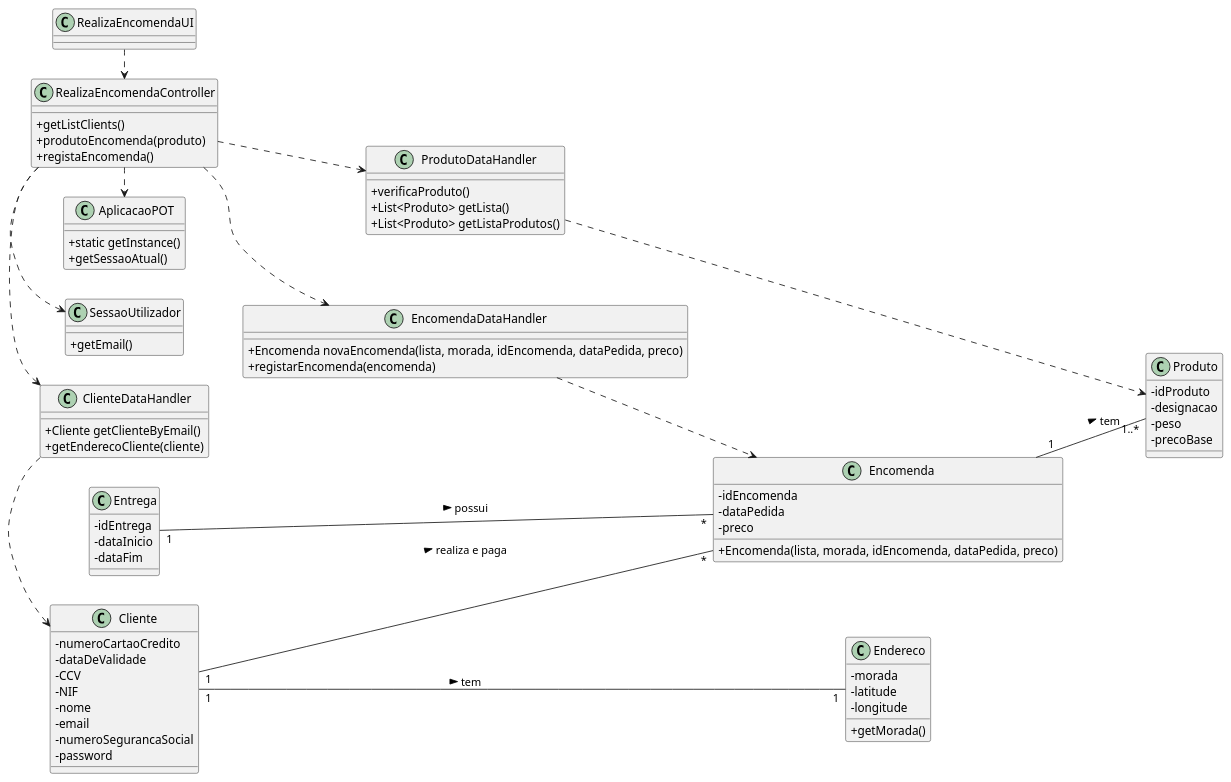
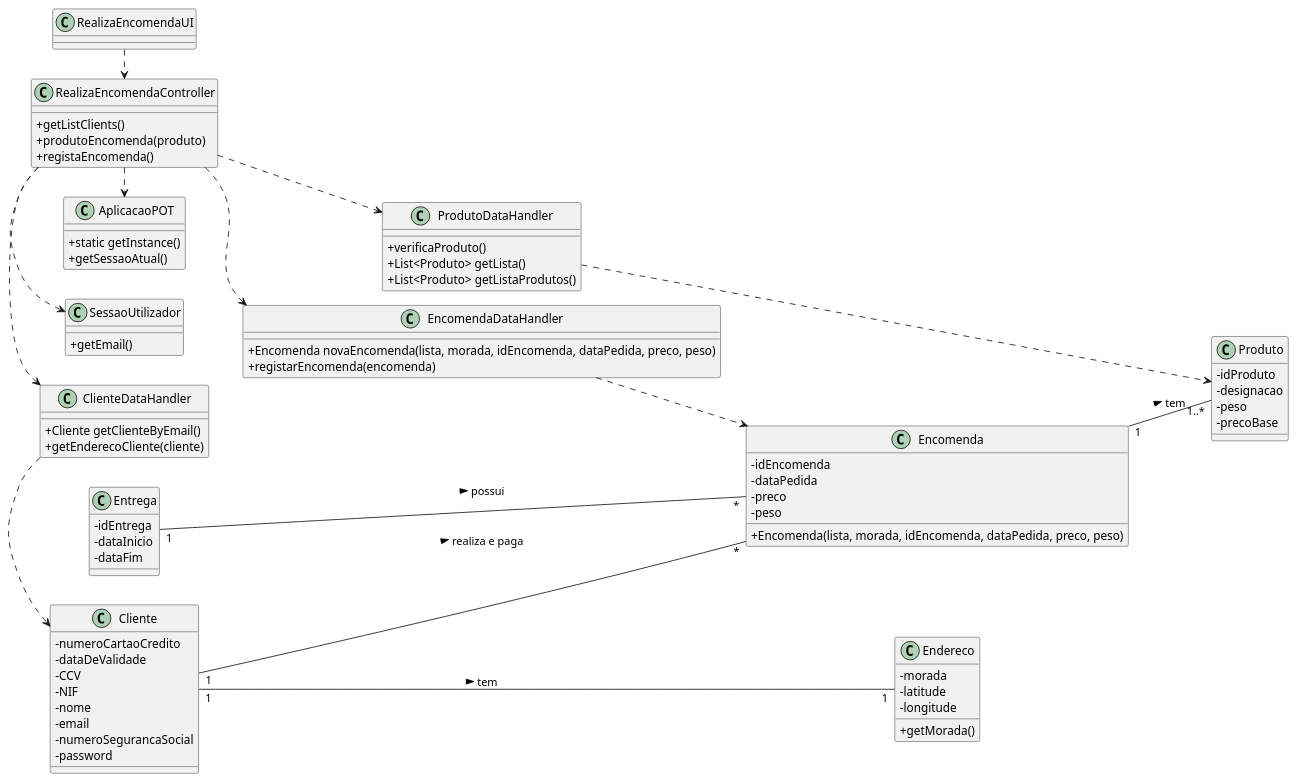
The diagram in docs/UC25/CD.puml (pedrolemos4/LAPR3), drawn with PlantUML before and after one commit. The commit also changed 5 other files, not shown here.

```diff
--- a/docs/UC25/CD.puml
+++ b/docs/UC25/CD.puml
@@ -1,100 +1,101 @@
 @startuml
 skinparam classAttributeIconSize 0
 left to right direction
 
 
 class RealizaEncomendaUI {
     
 }
 
 class RealizaEncomendaController {
     +getListClients()
     +produtoEncomenda(produto)
     +registaEncomenda()
 }
 
 class ClienteDataHandler {
     +Cliente getClienteByEmail()
     +getEnderecoCliente(cliente)
 }
 
 class ProdutoDataHandler {
     +verificaProduto()
     +List<Produto> getLista()
     +List<Produto> getListaProdutos()
 }
 
 class EncomendaDataHandler {
-    +Encomenda novaEncomenda(lista, morada, idEncomenda, dataPedida, preco)
+    +Encomenda novaEncomenda(lista, morada, idEncomenda, dataPedida, preco, peso)
     +registarEncomenda(encomenda)
 }
 
 class AplicacaoPOT
 {
   +static getInstance()
   +getSessaoAtual()
 }
 
 class SessaoUtilizador
 {
   +getEmail()
 }
 
 
 
 class Entrega {
   -idEntrega
   -dataInicio
   -dataFim
 }
 
 class Encomenda {
   -idEncomenda
   -dataPedida
   -preco
-  +Encomenda(lista, morada, idEncomenda, dataPedida, preco)
+  -peso
+  +Encomenda(lista, morada, idEncomenda, dataPedida, preco, peso)
 }
 
 class Produto {
   -idProduto
   -designacao
   -peso
   -precoBase
 }
 
 class Endereco {
   -morada
   -latitude
   -longitude
   +getMorada()
 }
 
 class Cliente {
   -numeroCartaoCredito
   -dataDeValidade
   -CCV
   -NIF
   -nome
   -email
   -numeroSegurancaSocial
   -password
 }
 
 RealizaEncomendaUI .> RealizaEncomendaController
 RealizaEncomendaController .> SessaoUtilizador
 RealizaEncomendaController .> AplicacaoPOT
 RealizaEncomendaController .> ClienteDataHandler
 RealizaEncomendaController .> ProdutoDataHandler
 RealizaEncomendaController .> EncomendaDataHandler
 
 ClienteDataHandler .> Cliente
 ProdutoDataHandler .> Produto
 EncomendaDataHandler .> Encomenda
 
 
 Entrega "1" -- "*" Encomenda : possui >
 Cliente "1" -- "*" Encomenda: realiza e paga >
 Encomenda "1" -- "1..*" Produto: tem >
 Cliente "1" -- "1" Endereco: tem >
 
 @enduml
```
